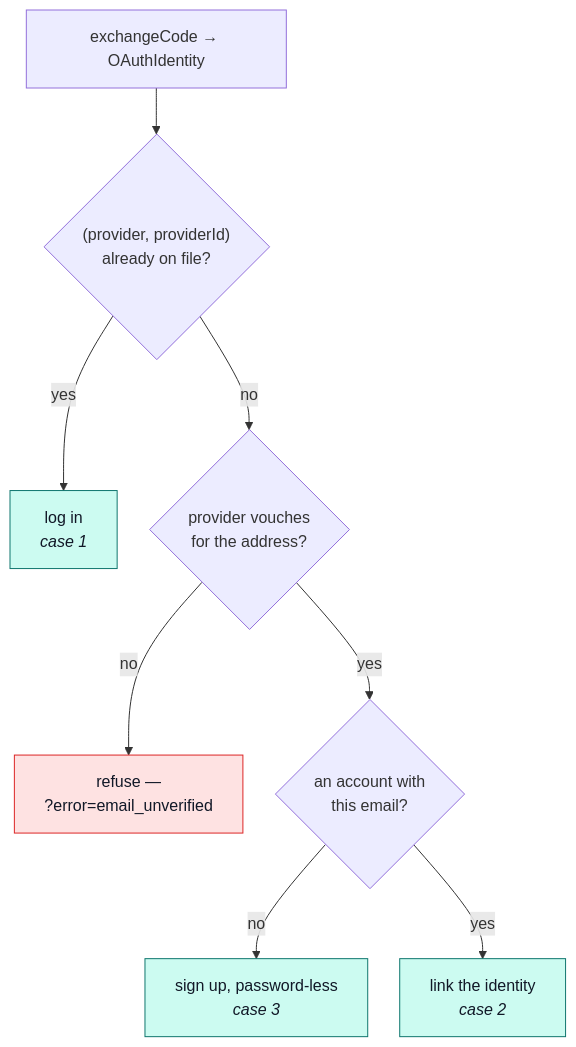
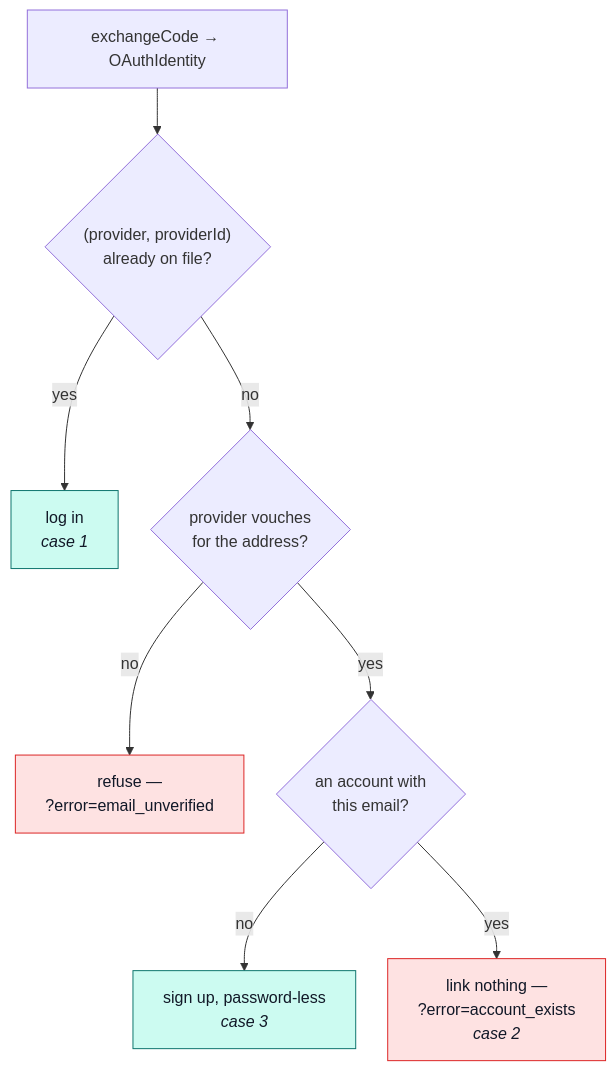
One commit to Guebbit/boilerplate-node-backend changed the fourth of 4 diagrams in docs/modules/account-oauth.md. Above: the diagram before and after it, drawn with Mermaid. The commit also changed other lines of this file and 24 other files, not shown here.

````diff
--- a/docs/modules/account-oauth.md
+++ b/docs/modules/account-oauth.md
@@ -169,16 +169,16 @@
 ```mermaid
 %%{init: {'flowchart': {'nodeSpacing': 32, 'rankSpacing': 46}}}%%
 flowchart TD
     E["exchangeCode → OAuthIdentity"] --> Q1{"(provider, providerId)<br/>already on file?"}
     Q1 -->|"yes"| L["log in<br/><i>case 1</i>"]
     Q1 -->|"no"| Q3{"provider vouches<br/>for the address?"}
     Q3 -->|"no"| X["refuse —<br/>?error=email_unverified"]
     Q3 -->|"yes"| Q2{"an account with<br/>this email?"}
     Q2 -->|"no"| S["sign up, password-less<br/><i>case 3</i>"]
-    Q2 -->|"yes"| K["link the identity<br/><i>case 2</i>"]
+    Q2 -->|"yes"| K["link nothing —<br/>?error=account_exists<br/><i>case 2</i>"]
 
     classDef ok fill:#ccfbf1,stroke:#0f766e,color:#111827;
     classDef bad fill:#fee2e2,stroke:#dc2626,color:#111827;
-    class L,S,K ok;
-    class X bad;
+    class L,S ok;
+    class X,K bad;
 ```
````
